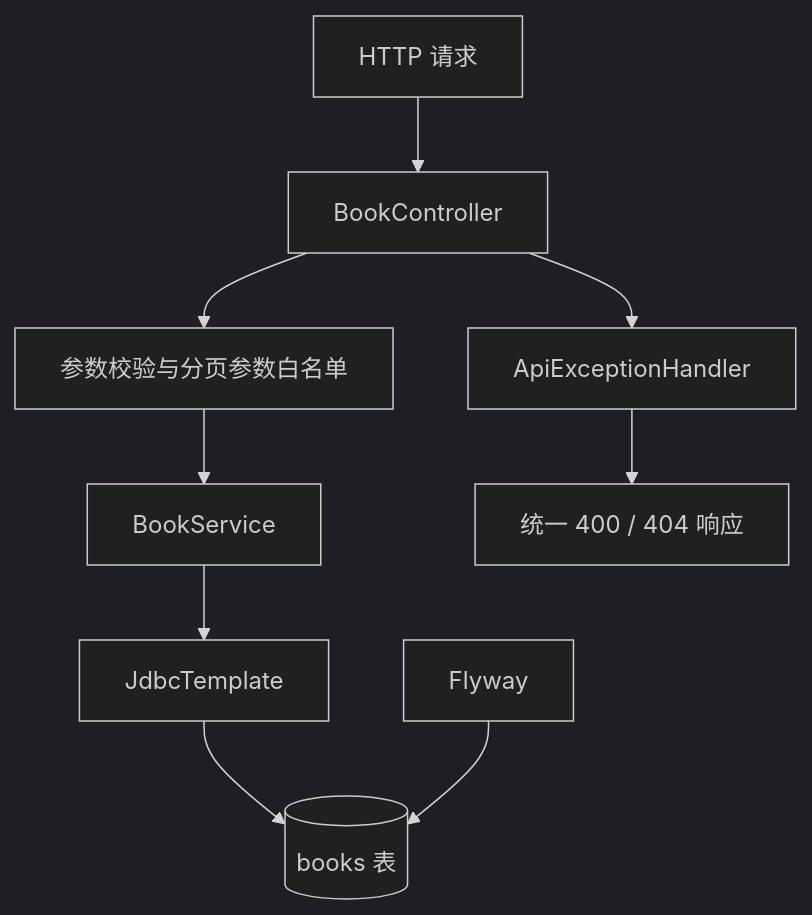
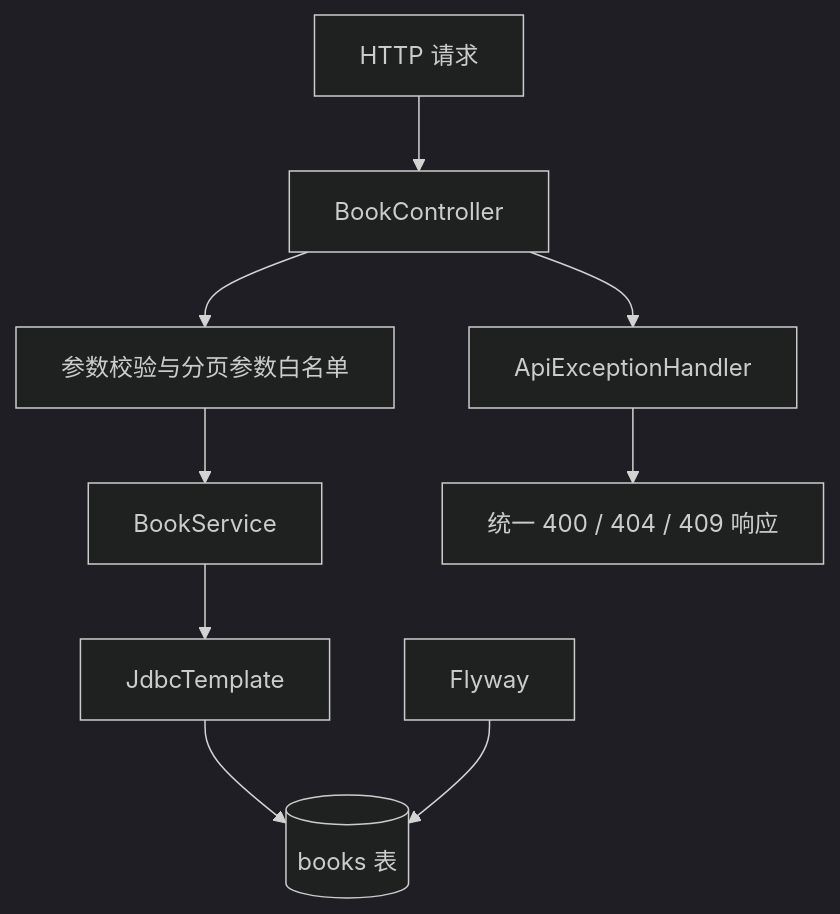
One commit to ilikui/Java changed the diagram in Practice/springboot-library-api/README.md. Above: the diagram before and after it, drawn with Mermaid (dark theme). The commit also changed other lines of this file, not shown here.

````diff
--- a/Practice/springboot-library-api/README.md
+++ b/Practice/springboot-library-api/README.md
@@ -72,11 +72,11 @@
 ```mermaid
 flowchart TD
     A[HTTP 请求] --> B[BookController]
     B --> C[参数校验与分页参数白名单]
     C --> D[BookService]
     D --> E[JdbcTemplate]
     E --> F[(books 表)]
     G[Flyway] --> F
     B --> H[ApiExceptionHandler]
-    H --> I[统一 400 / 404 响应]
+    H --> I[统一 400 / 404 / 409 响应]
 ```
````
